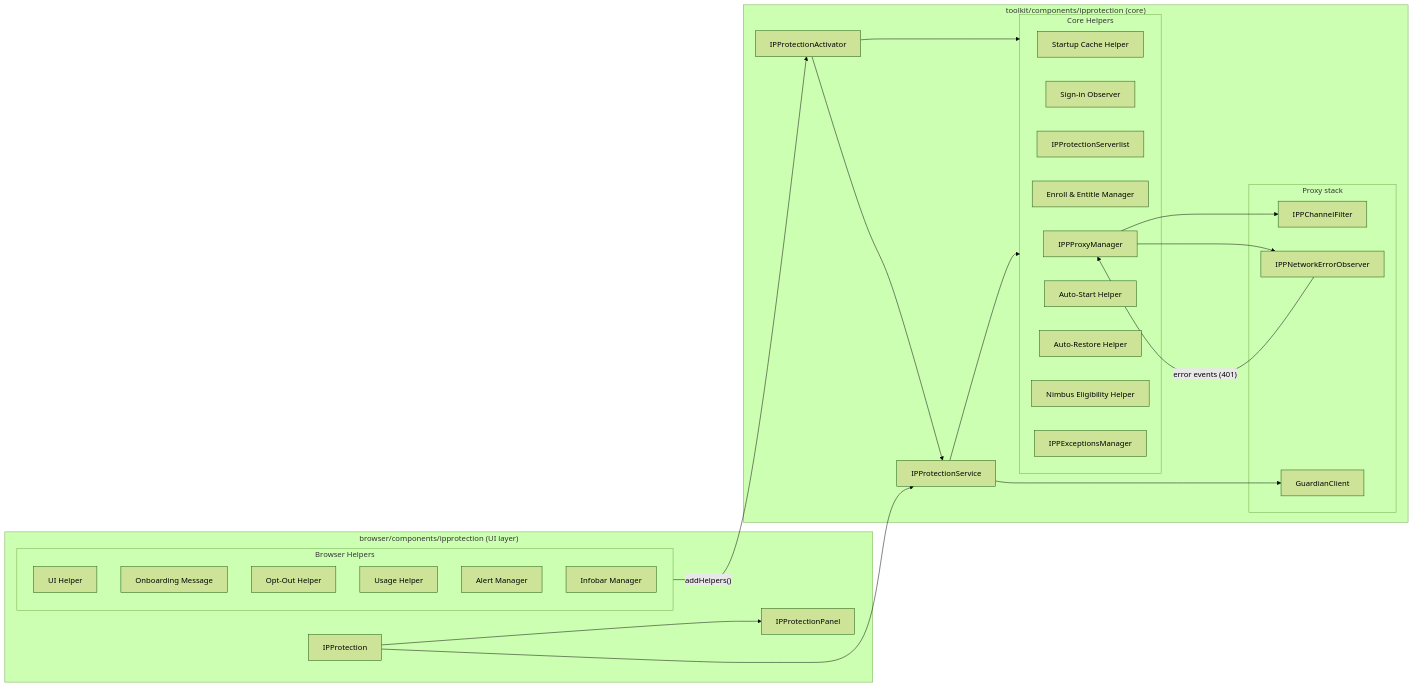
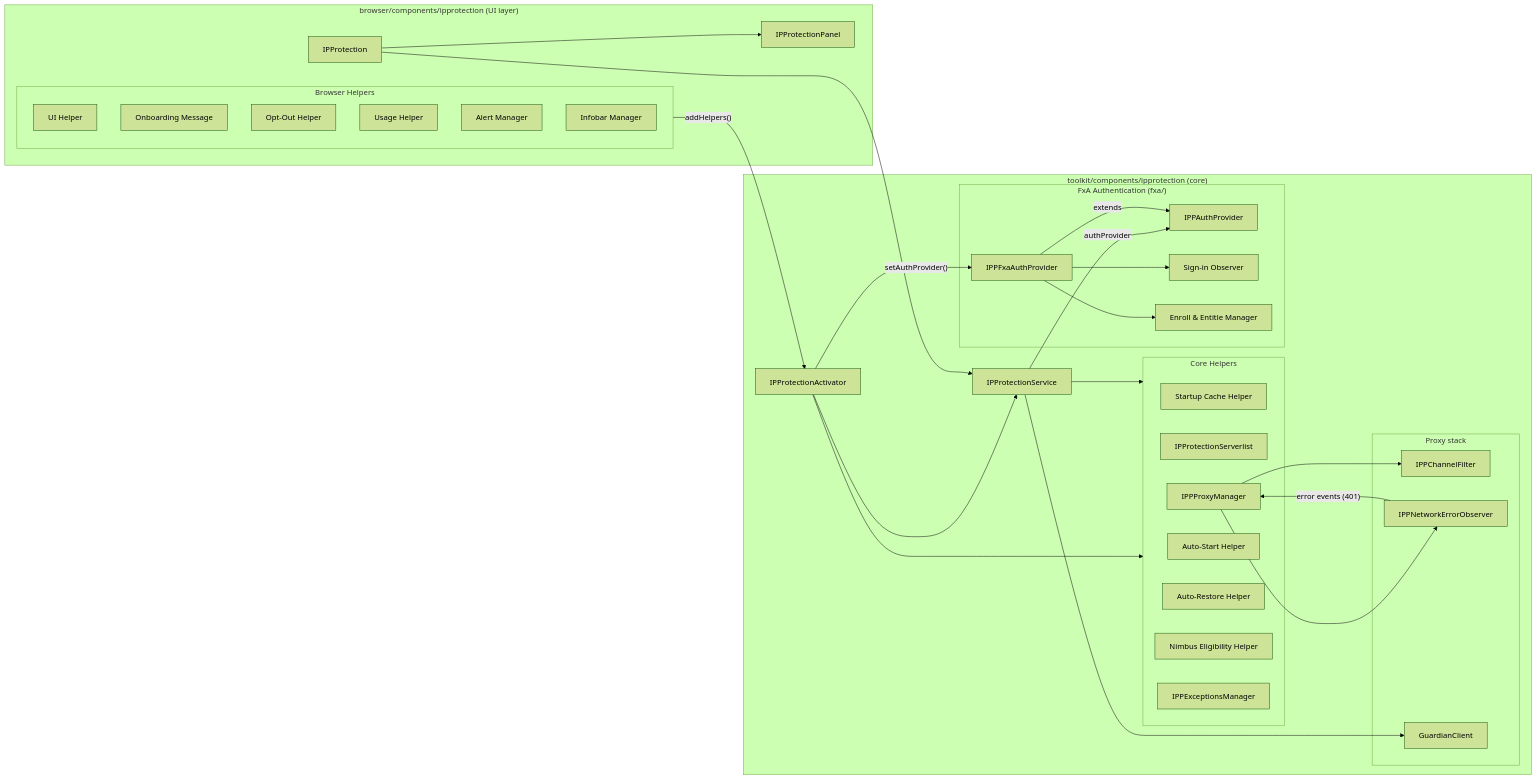
The diagram in toolkit/components/ipprotection/docs/Components.rst (marco-c/gecko-dev-comments-removed), drawn with Mermaid (forest theme) before and after one commit. The commit also changed other lines of this file, not shown here.

First line of the commit message:
Bug 2025312 - IP-Protection: Create an abstract layer for the authentication - part 7 - Documentation r=ip-protection-reviewers,sstreich

```diff
--- a/toolkit/components/ipprotection/docs/Components.rst
+++ b/toolkit/components/ipprotection/docs/Components.rst
@@ -18,62 +18,74 @@
 .. mermaid::
    :align: center
    :caption: IP Protection architecture
 
    flowchart LR
 
      %% browser/components/ipprotection
      subgraph Browser["browser/components/ipprotection (UI layer)"]
        IPProtection
        IPProtectionPanel
 
        subgraph BrowserHelpers["Browser Helpers"]
          UIHelper["UI Helper"]
          IPPOnboardingMessage["Onboarding Message"]
          IPPOptOutHelper["Opt-Out Helper"]
          IPPUsageHelper["Usage Helper"]
          IPProtectionAlertManager["Alert Manager"]
          IPProtectionInfobarManager["Infobar Manager"]
        end
      end
 
      %% toolkit/components/ipprotection
      subgraph Toolkit["toolkit/components/ipprotection (core)"]
        IPProtectionService
        IPProtectionActivator
 
        subgraph CoreHelpers["Core Helpers"]
          IPPStartupCache["Startup Cache Helper"]
-         IPPSignInWatcher["Sign-in Observer"]
          IPProtectionServerlist
-         IPPEnrollAndEntitleManager["Enroll & Entitle Manager"]
          IPPProxyManager
          IPPAutoStart["Auto-Start Helper"]
          IPPAutoRestoreHelper["Auto-Restore Helper"]
          IPPNimbusHelper["Nimbus Eligibility Helper"]
          IPPExceptionsManager
+       end
+
+       subgraph FxaAuth["FxA Authentication (fxa/)"]
+         IPPAuthProvider
+         IPPFxaAuthProvider
+         IPPSignInWatcher["Sign-in Observer"]
+         IPPEnrollAndEntitleManager["Enroll & Entitle Manager"]
        end
 
        subgraph Proxy["Proxy stack"]
          IPPChannelFilter
          IPPNetworkErrorObserver
          GuardianClient
        end
      end
 
      %% Activator wiring
      BrowserHelpers -- "addHelpers()" --> IPProtectionActivator
      IPProtectionActivator --> IPProtectionService
      IPProtectionActivator --> CoreHelpers
+     IPProtectionActivator -- "setAuthProvider()" --> IPPFxaAuthProvider
 
      %% Service wiring
      IPProtectionService --> GuardianClient
      IPProtectionService --> CoreHelpers
+     IPProtectionService -- "authProvider" --> IPPAuthProvider
+
+     %% FxA auth wiring
+     IPPFxaAuthProvider -->|extends| IPPAuthProvider
+     IPPFxaAuthProvider --> IPPSignInWatcher
+     IPPFxaAuthProvider --> IPPEnrollAndEntitleManager
 
      %% UI wiring
      IPProtection --> IPProtectionPanel
      IPProtection --> IPProtectionService
 
      %% Proxy wiring
      IPPProxyManager --> IPPChannelFilter
      IPPProxyManager --> IPPNetworkErrorObserver
      IPPNetworkErrorObserver -- "error events (401)" --> IPPProxyManager
```
